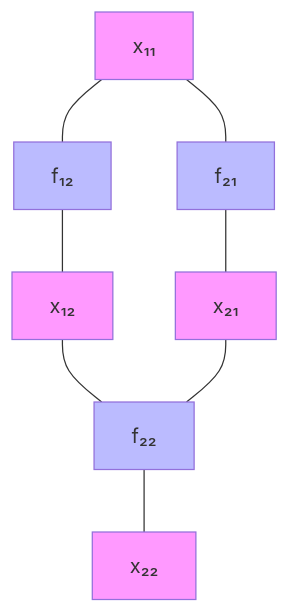
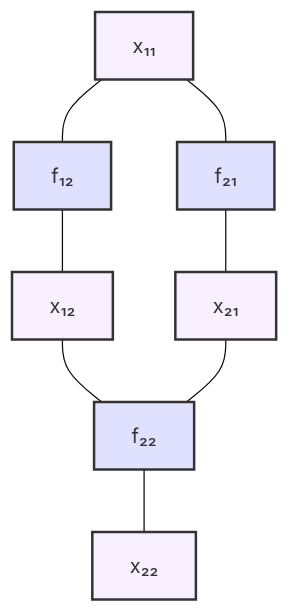
One commit to ActiveInferenceInstitute/cognitive changed the seventh of 8 diagrams in docs/implementation/rxinfer/factor_graphs.md. Above: the diagram before and after it, drawn with Mermaid. The commit also changed other lines of this file and 7 other files, not shown here.

````diff
--- a/docs/implementation/rxinfer/factor_graphs.md
+++ b/docs/implementation/rxinfer/factor_graphs.md
@@ -247,14 +223,14 @@
 ```mermaid
+%%{init: {"theme": "base", "themeVariables": { "primaryColor": "#f9f0ff", "secondaryColor": "#e0e0ff"}}}%%
 graph TD
     X11[x₁₁] --- F12[f₁₂] --- X12[x₁₂]
     X11 --- F21[f₂₁] --- X21[x₂₁]
     X12 --- F22[f₂₂] --- X22[x₂₂]
     X21 --- F22
-    style X11 fill:#f9f
-    style X12 fill:#f9f
-    style X21 fill:#f9f
-    style X22 fill:#f9f
-    style F12 fill:#bbf
-    style F21 fill:#bbf
-    style F22 fill:#bbf
+    
+    classDef varNode fill:#f9f0ff,stroke:#333,stroke-width:2px;
+    classDef factorNode fill:#e0e0ff,stroke:#333,stroke-width:2px;
+    
+    class X11,X12,X21,X22 varNode;
+    class F12,F21,F22 factorNode;
 ```
````
